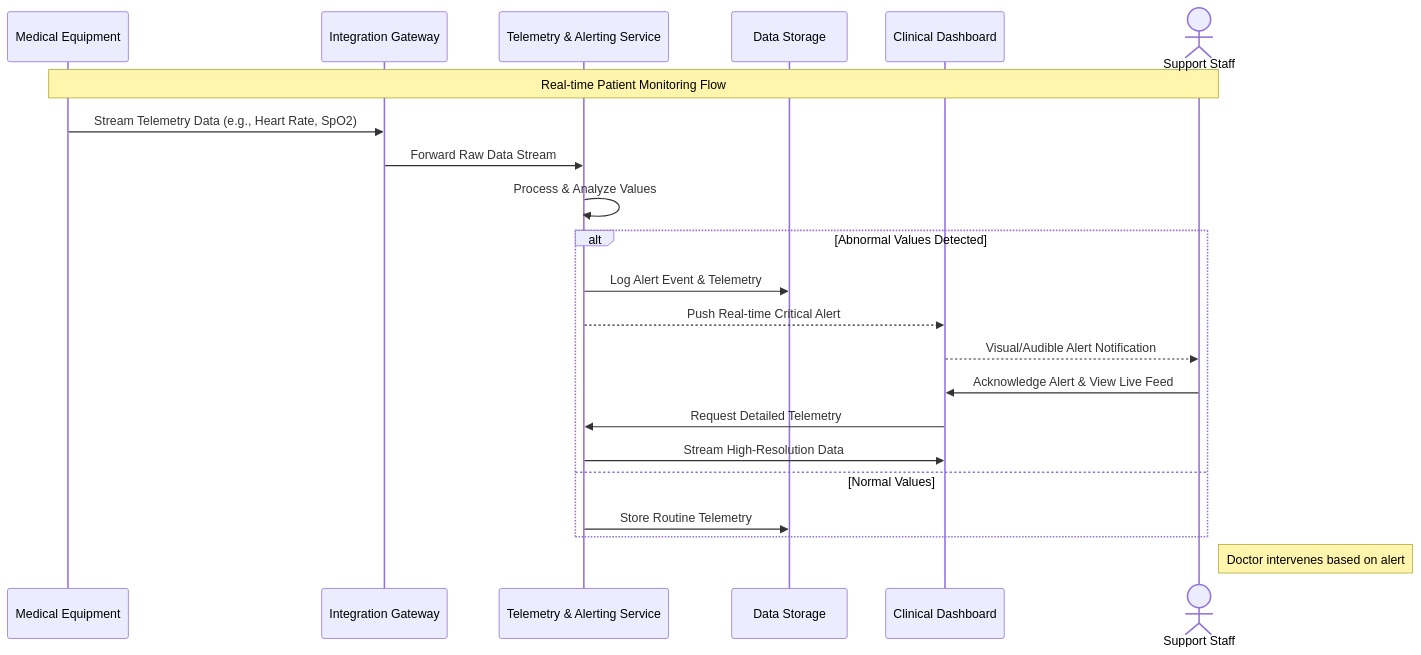
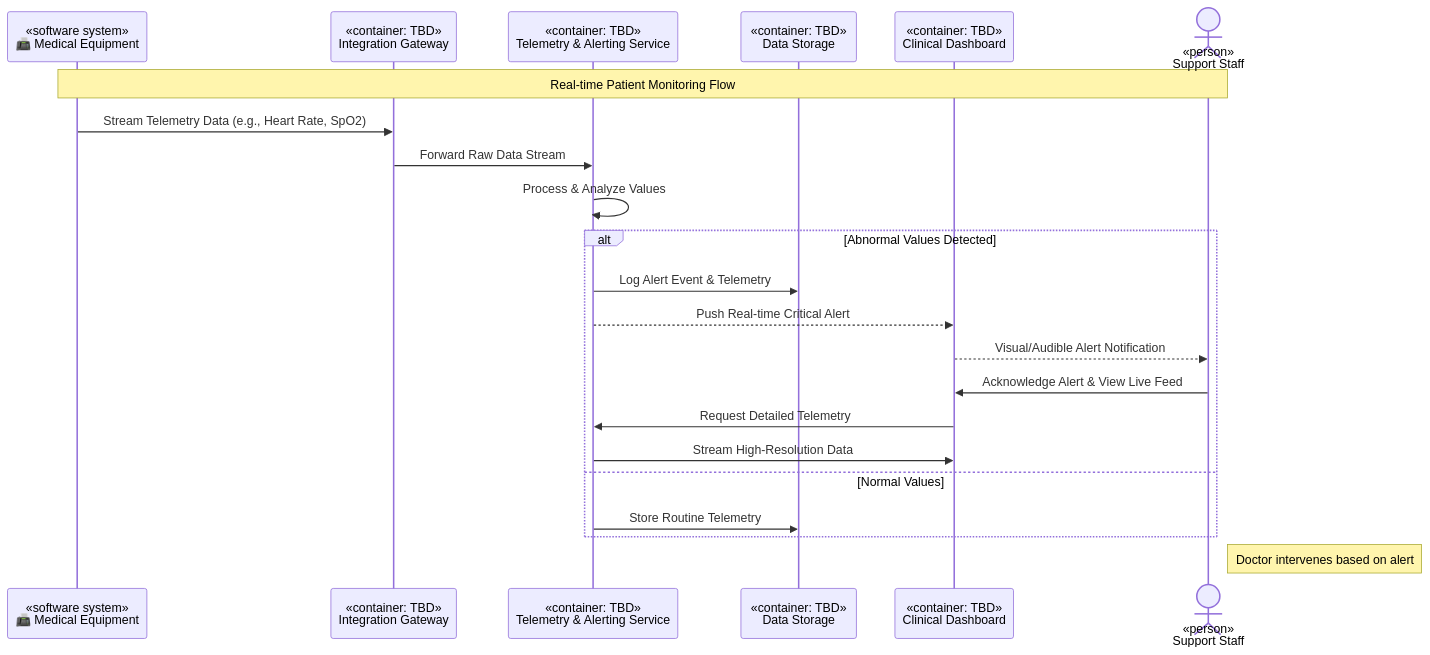
The sixth of 8 diagrams in docs/ard-v2.1.md (iugori/pulse-patrol), drawn with Mermaid before and after one commit. The commit also changed other lines of this file, not shown here.

````diff
--- a/docs/ard-v2.1.md
+++ b/docs/ard-v2.1.md
@@ -381,25 +382,25 @@
 ```mermaid
 sequenceDiagram
-    participant ME as Medical Equipment
-    participant IG as Integration Gateway
-    participant TAS as Telemetry & Alerting Service
-    participant DS as Data Storage
-    participant CD as Clinical Dashboard
-    actor D as Support Staff
+    participant ME as «software system»<br/>📠 Medical Equipment
+    participant IG as «container: TBD»<br/>Integration Gateway
+    participant TAS as «container: TBD»<br/>Telemetry & Alerting Service
+    participant DS as «container: TBD»<br/>Data Storage
+    participant CD as «container: TBD»<br/>Clinical Dashboard
+    actor D as «person»<br/>Support Staff<br/>
     Note over ME, D: Real-time Patient Monitoring Flow
     ME ->> IG: Stream Telemetry Data (e.g., Heart Rate, SpO2)
     IG ->> TAS: Forward Raw Data Stream
     TAS ->> TAS: Process & Analyze Values
 
     alt Abnormal Values Detected
         TAS ->> DS: Log Alert Event & Telemetry
         TAS -->> CD: Push Real-time Critical Alert
         CD -->> D: Visual/Audible Alert Notification
         D ->> CD: Acknowledge Alert & View Live Feed
         CD ->> TAS: Request Detailed Telemetry
         TAS ->> CD: Stream High-Resolution Data
     else Normal Values
         TAS ->> DS: Store Routine Telemetry
     end
     Note right of D: Doctor intervenes based on alert
 ```
````
